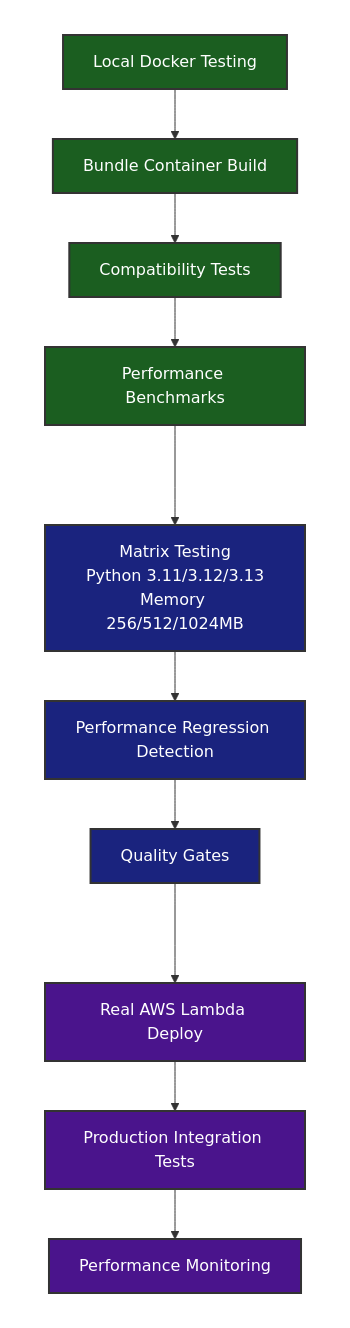
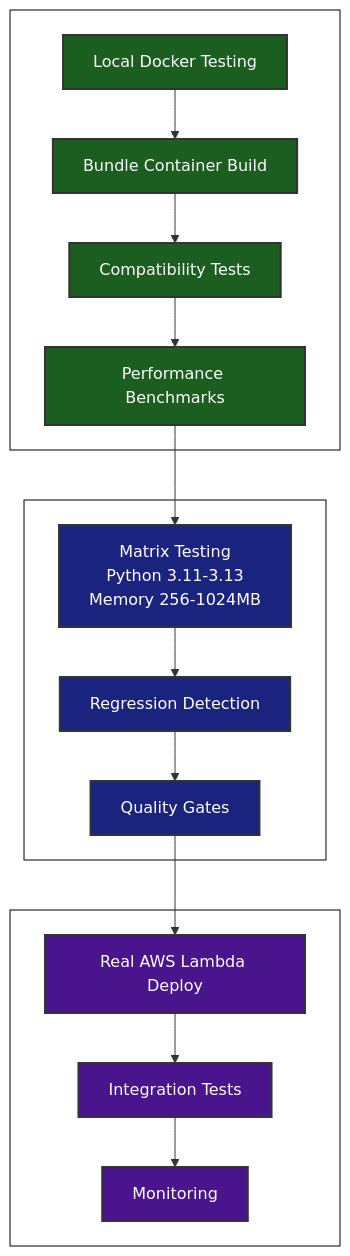
The second of 5 diagrams in docs/development/testing/lambda-testing.rst (honeyhiveai/python-sdk), drawn with Mermaid before and after one commit. The commit also changed other lines of this file and 1 other file, not shown here.

First line of the commit message:
fix: optimize Mermaid node labels for Firefox compatibility

```diff
--- a/docs/development/testing/lambda-testing.rst
+++ b/docs/development/testing/lambda-testing.rst
@@ -131,40 +131,40 @@
 .. mermaid::
 
-   %%{init: {'theme':'base', 'themeVariables': {'primaryColor': '#4F81BD', 'primaryTextColor': '#ffffff', 'primaryBorderColor': '#ffffff', 'lineColor': '#333333', 'mainBkg': 'transparent', 'secondBkg': 'transparent', 'tertiaryColor': 'transparent', 'clusterBkg': 'transparent', 'clusterBorder': '#ffffff', 'edgeLabelBackground': 'transparent', 'background': 'transparent'}, 'flowchart': {'linkColor': '#333333', 'linkWidth': 2}}}%%
+   %%{init: {'theme':'base', 'themeVariables': {'primaryColor': '#4F81BD', 'primaryTextColor': '#ffffff', 'primaryBorderColor': '#000000', 'lineColor': '#333333', 'mainBkg': 'transparent', 'secondBkg': 'transparent', 'tertiaryColor': 'transparent', 'clusterBkg': 'transparent', 'clusterBorder': '#000000', 'edgeLabelBackground': 'transparent', 'background': 'transparent'}, 'flowchart': {'linkColor': '#333333', 'linkWidth': 2}}}%%
    graph TD
        subgraph "Development Testing"
            LOCAL[Local Docker Testing]
            BUNDLE[Bundle Container Build]
            COMPAT[Compatibility Tests] 
            PERF[Performance Benchmarks]
        end
        
        subgraph "CI/CD Pipeline"
-           MATRIX[Matrix Testing<br/>Python 3.11/3.12/3.13<br/>Memory 256/512/1024MB]
-           REGRESSION[Performance Regression Detection]
+           MATRIX[Matrix Testing<br/>Python 3.11-3.13<br/>Memory 256-1024MB]
+           REGRESSION[Regression Detection]
            GATES[Quality Gates]
        end
        
        subgraph "Production Validation"
            DEPLOY[Real AWS Lambda Deploy]
-           PROD[Production Integration Tests]
-           MONITOR[Performance Monitoring]
+           PROD[Integration Tests]
+           MONITOR[Monitoring]
        end
        
        LOCAL --> BUNDLE
        BUNDLE --> COMPAT
        COMPAT --> PERF
        PERF --> MATRIX
        MATRIX --> REGRESSION
        REGRESSION --> GATES
        GATES --> DEPLOY
        DEPLOY --> PROD
        PROD --> MONITOR
        
        classDef devStage fill:#1b5e20,stroke:#333333,stroke-width:2px,color:#ffffff
        classDef ciStage fill:#1a237e,stroke:#333333,stroke-width:2px,color:#ffffff
        classDef prodStage fill:#4a148c,stroke:#333333,stroke-width:2px,color:#ffffff
        
        class LOCAL,BUNDLE,COMPAT,PERF devStage
        class MATRIX,REGRESSION,GATES ciStage
        class DEPLOY,PROD,MONITOR prodStage
```
